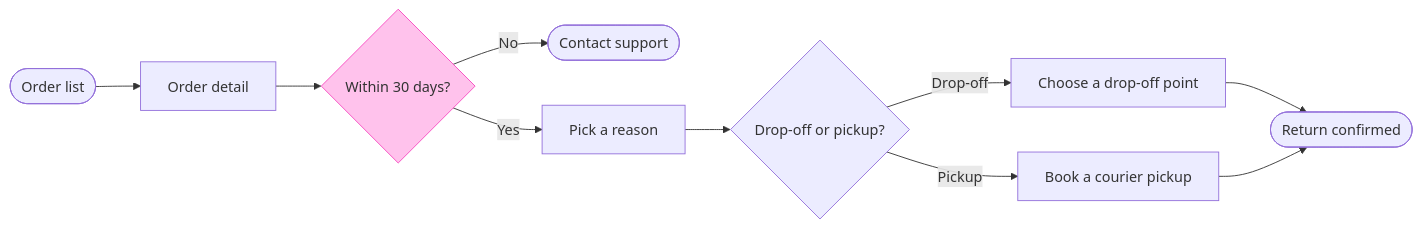
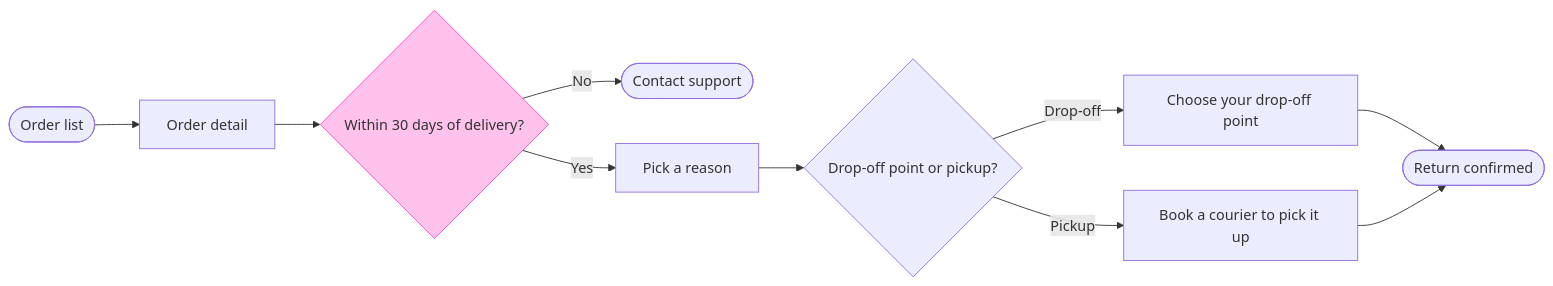
Before and after one commit to MichelKerkmeester/product-owner_create-tickets-and-stories: the diagram in claude project/knowledge/Product Owner - Examples - Flow - User Flow.md, drawn with Mermaid. The commit also changed other lines of this file and 37 other files, not shown here.

````diff
--- a/claude project/knowledge/Product Owner - Examples - Flow - User Flow.md
+++ b/claude project/knowledge/Product Owner - Examples - Flow - User Flow.md
@@ -86,20 +86,20 @@
 ```mermaid
 flowchart LR
     %% goal: confirmed
     %% title: Start a return
     %% subtitle: How a Fernhouse customer starts a return in the app, from the order list to a confirmed return
     %% source: Sources: five app screenshots and the returns doc. Left out: a free pickup over €100, a proposal under review.
     %% zone: Find the order: orders, detail
     %% zone: Request the return: window, support, reason, method, dropoff, pickup
     %% zone: Done: confirmed
     orders([Order list]) --> detail[Order detail]
-    detail --> window{Within 30 days?}
+    detail --> window{Within 30 days of delivery?}
     window -->|No| support([Contact support])
     window -->|Yes| reason[Pick a reason]
-    reason --> method{Drop-off or pickup?}
-    method -->|Drop-off| dropoff[Choose a drop-off point]
-    method -->|Pickup| pickup[Book a courier pickup]
+    reason --> method{Drop-off point or pickup?}
+    method -->|Drop-off| dropoff[Choose your drop-off point]
+    method -->|Pickup| pickup[Book a courier to pick it up]
     dropoff --> confirmed([Return confirmed])
     pickup --> confirmed
     style window fill:#FFC2EC,stroke:#F849C1
 ```
````
